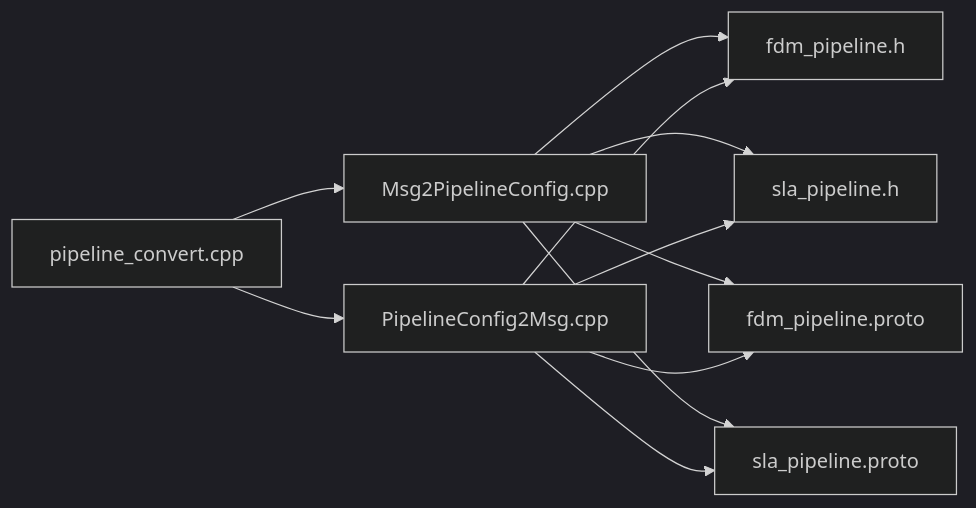
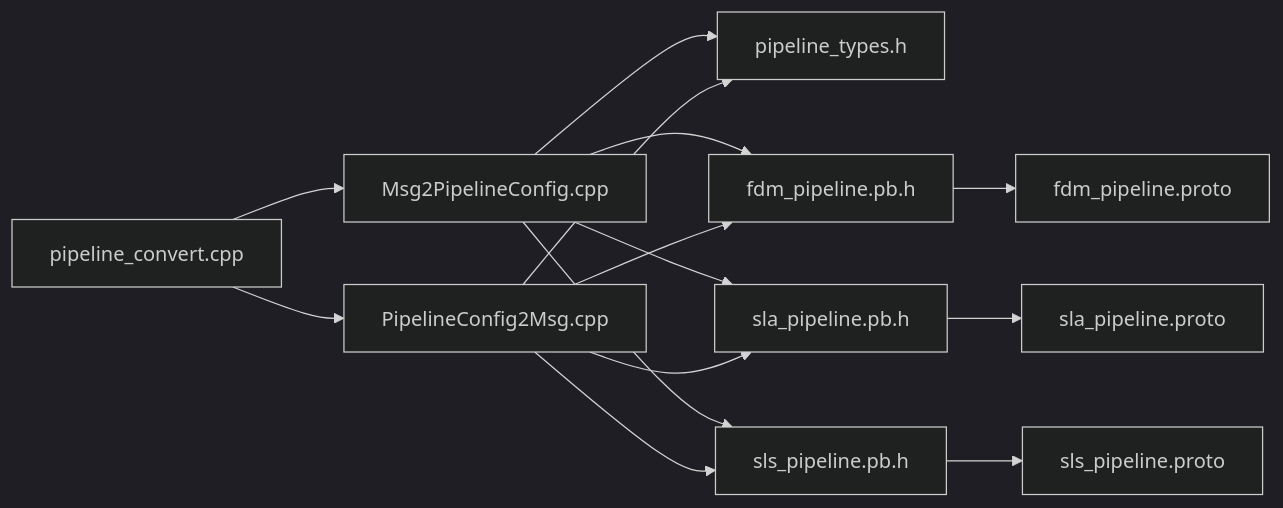
Before and after one commit to hsmbanlance/HsBaSlicer: the ninth of 9 diagrams in .qoder/repowiki/en/content/API Reference/Pipeline Conversion API.md, drawn with Mermaid (dark theme). The commit also changed other lines of this file and 19 other files, not shown here.

````diff
--- a/.qoder/repowiki/en/content/API Reference/Pipeline Conversion API.md
+++ b/.qoder/repowiki/en/content/API Reference/Pipeline Conversion API.md
@@ -381,13 +477,16 @@
 ```mermaid
 graph LR
 A["pipeline_convert.cpp"] --> B["Msg2PipelineConfig.cpp"]
 A --> C["PipelineConfig2Msg.cpp"]
-B --> D["fdm_pipeline.h"]
-B --> E["sla_pipeline.h"]
+B --> D["pipeline_types.h"]
 C --> D
+B --> E["fdm_pipeline.pb.h"]
+B --> F["sla_pipeline.pb.h"]
+B --> G["sls_pipeline.pb.h"]
 C --> E
-B --> F["fdm_pipeline.proto"]
-B --> G["sla_pipeline.proto"]
 C --> F
 C --> G
+E --> H["fdm_pipeline.proto"]
+F --> I["sla_pipeline.proto"]
+G --> J["sls_pipeline.proto"]
 ```
````
